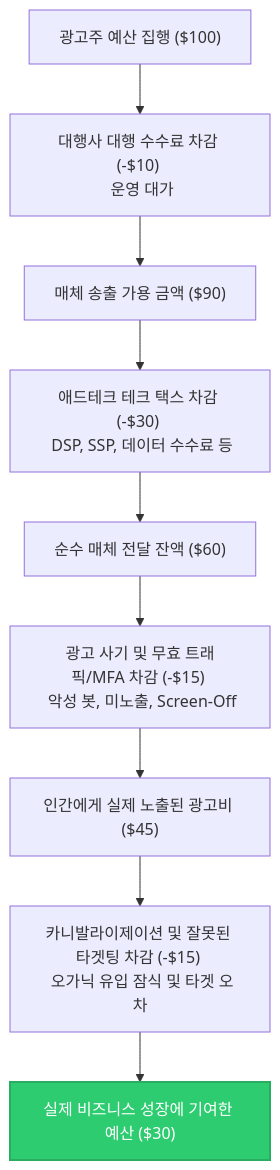
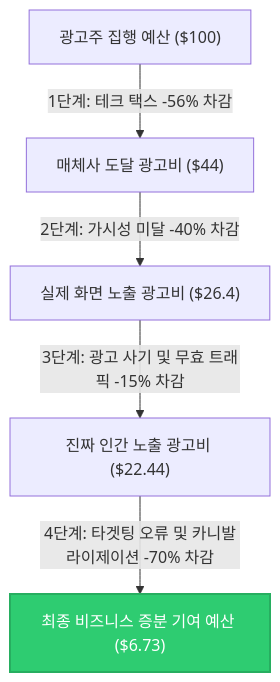
The diagram in content/posts/Marketing/2026-05-20-global-digital-ad-spend-waste-estimates.ko.md (swookkwon-gif/swookkwon-gif.github.io), drawn with Mermaid before and after one commit. The commit also changed other lines of this file and 13 other files, not shown here.

````diff
--- a/content/posts/Marketing/2026-05-20-global-digital-ad-spend-waste-estimates.ko.md
+++ b/content/posts/Marketing/2026-05-20-global-digital-ad-spend-waste-estimates.ko.md
@@ -84,13 +89,9 @@
 ```mermaid
 flowchart TD
-    A["광고주 예산 집행 ($100)"] --> B["대행사 대행 수수료 차감 (-$10) <br> 운영 대가"]
-    B --> C["매체 송출 가용 금액 ($90)"]
-    C --> D["애드테크 테크 택스 차감 (-$30) <br> DSP, SSP, 데이터 수수료 등"]
-    D --> E["순수 매체 전달 잔액 ($60)"]
-    E --> F["광고 사기 및 무효 트래픽/MFA 차감 (-$15) <br> 악성 봇, 미노출, Screen-Off"]
-    F --> G["인간에게 실제 노출된 광고비 ($45)"]
-    G --> H["카니발라이제이션 및 잘못된 타겟팅 차감 (-$15) <br> 오가닉 유입 잠식 및 타겟 오차"]
-    H --> I["실제 비즈니스 성장에 기여한 예산 ($30)"]
+    A["광고주 집행 예산 ($100)"] -->|1단계: 테크 택스 -56% 차감| B["매체사 도달 광고비 ($44)"]
+    B -->|2단계: 가시성 미달 -40% 차감| C["실제 화면 노출 광고비 ($26.4)"]
+    C -->|3단계: 광고 사기 및 무효 트래픽 -15% 차감| D["진짜 인간 노출 광고비 ($22.44)"]
+    D -->|4단계: 타겟팅 오류 및 카니발라이제이션 -70% 차감| E["최종 비즈니스 증분 기여 예산 ($6.73)"]
     
-    style I fill:#2ecc71,stroke:#27ae60,stroke-width:2px,color:#fff
+    style E fill:#2ecc71,stroke:#27ae60,stroke-width:2px,color:#fff
 ```
````
